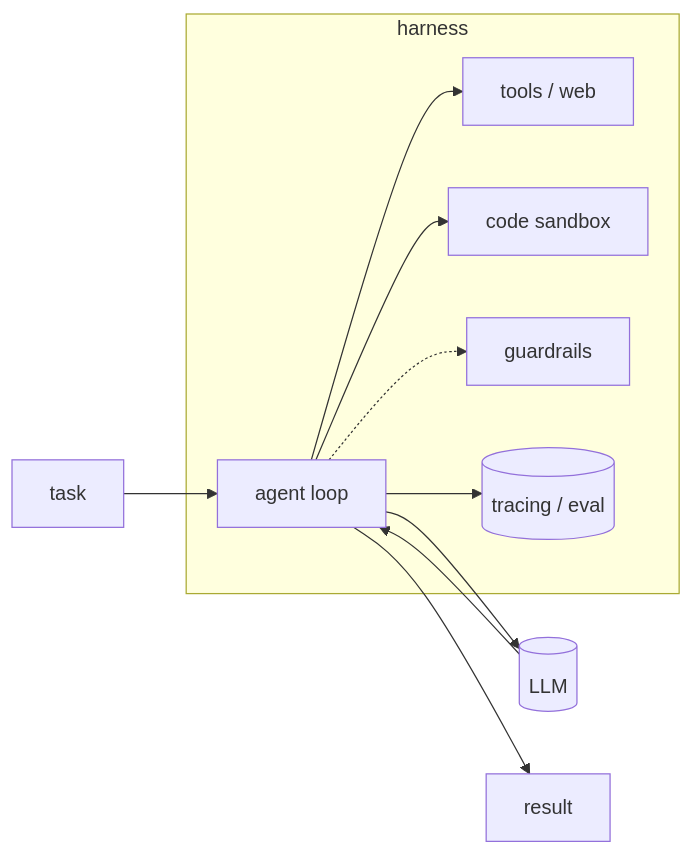
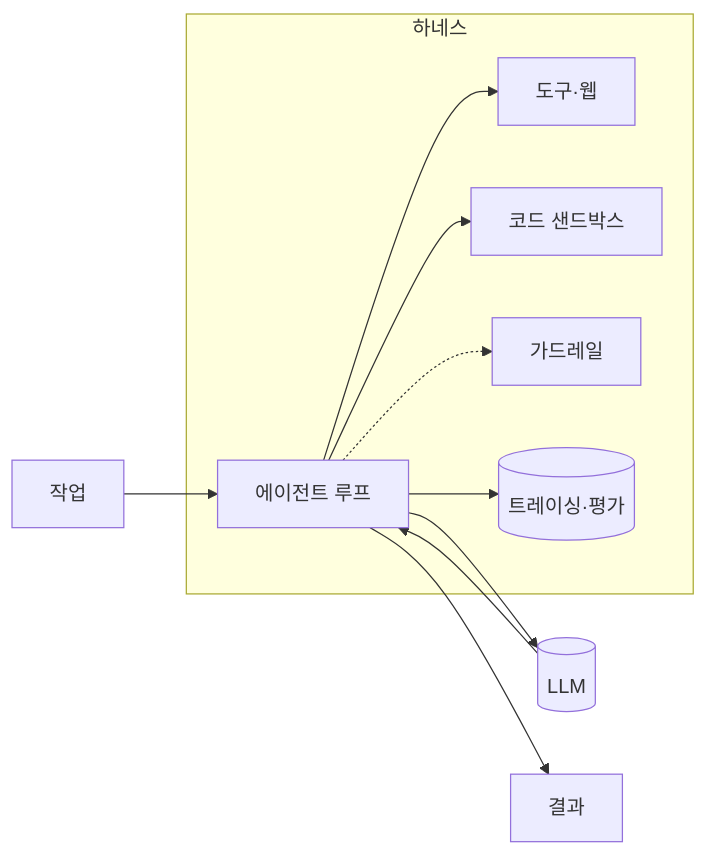
One commit to CodeCompose7/awesome-ai-stack changed the first of 2 diagrams in src/content/concepts/ko/harness-engineering.mdx. Above: the diagram before and after it, drawn with Mermaid. The commit also changed other lines of this file and 1 other file, not shown here.

Commit message:
i18n(concepts): localize harness diagrams to Korean; stronger harness tint
Translate both harness-engineering diagrams' labels in the KO file
(EN keeps English). Bump the Mermaid cluster fill to 18% accent — it was
applying but too faint at 13% — so the harness region reads as a clearly
highlighted zone.

````diff
--- a/src/content/concepts/ko/harness-engineering.mdx
+++ b/src/content/concepts/ko/harness-engineering.mdx
@@ -39,14 +39,14 @@
 ```mermaid
 flowchart LR
-  subgraph harness [harness]
-    loop[agent loop]
-    loop --> tools[tools / web]
-    loop --> sandbox[code sandbox]
-    loop -.-> guard[guardrails]
-    loop --> obs[(tracing / eval)]
+  subgraph harness [하네스]
+    loop[에이전트 루프]
+    loop --> tools["도구·웹"]
+    loop --> sandbox[코드 샌드박스]
+    loop -.-> guard[가드레일]
+    loop --> obs[("트레이싱·평가")]
   end
-  task[task] --> loop
+  task[작업] --> loop
   loop --> model[(LLM)]
   model --> loop
-  loop --> out[result]
+  loop --> out[결과]
 ```
````
